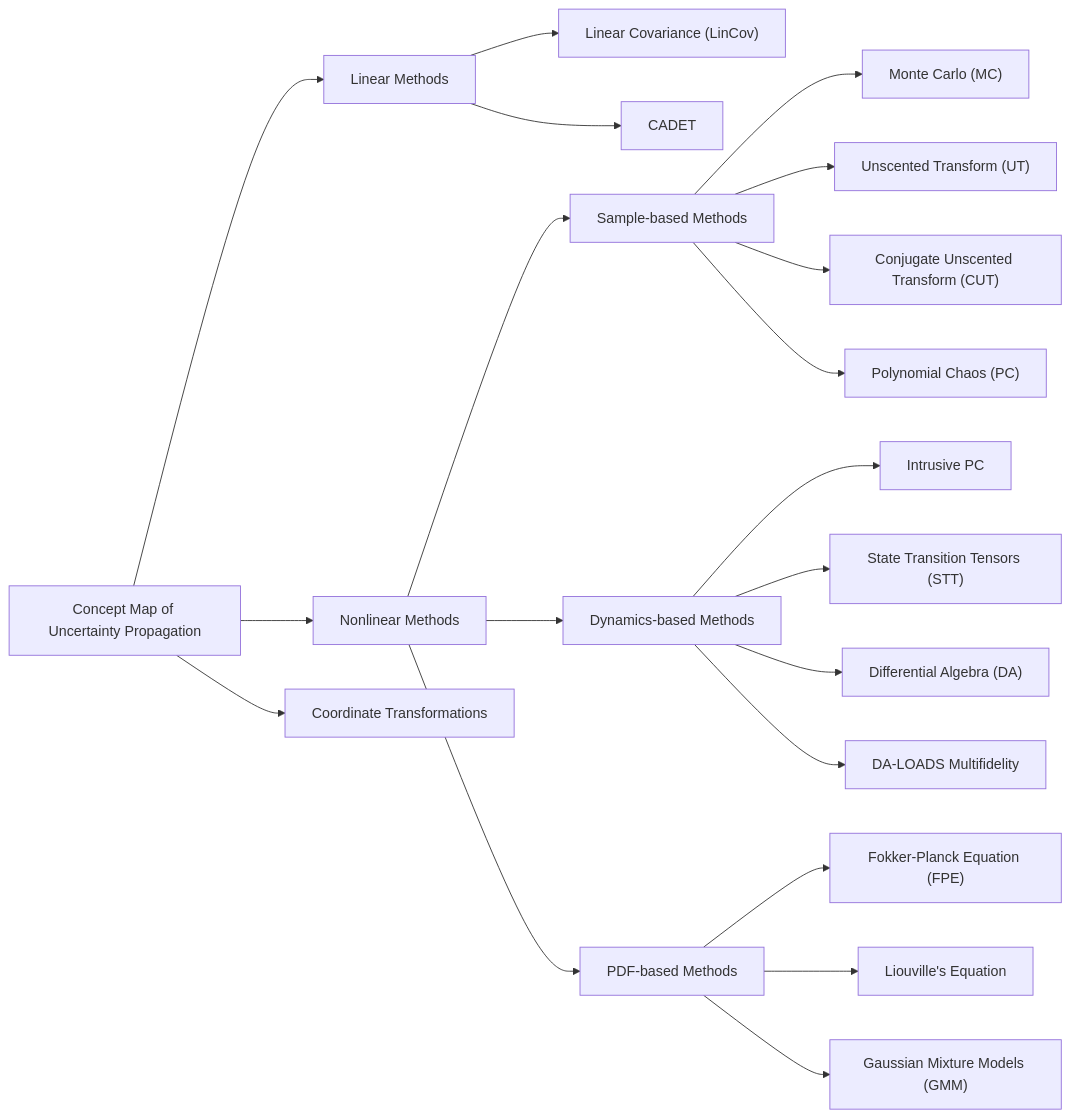
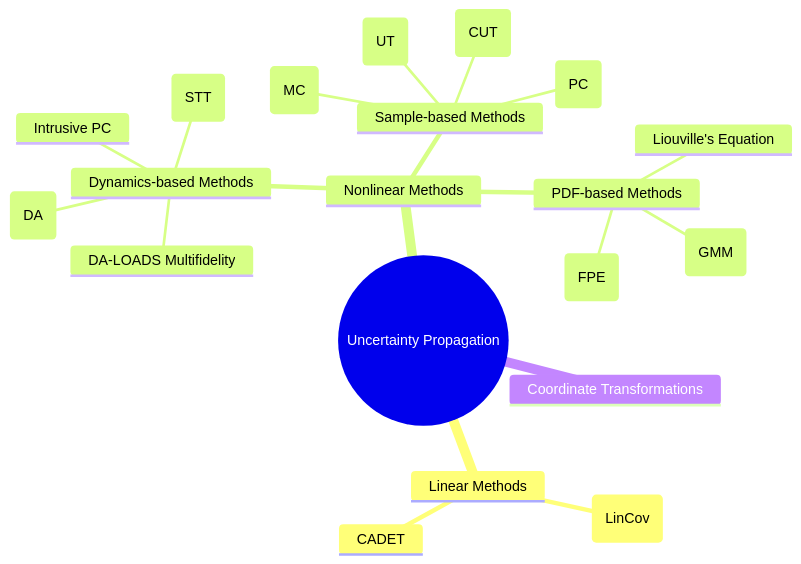
One commit to R16-srihari/Orbital-Uncertainty-Propagation-Literature-Review changed the first of 18 diagrams in index.qmd. Above: the diagram before and after it, drawn with Mermaid. The commit also changed 8 other files, not shown here.

````diff
--- a/index.qmd
+++ b/index.qmd
@@ -181,23 +181,23 @@
 ```{mermaid size=200%}
-
-graph LR
-    A["Concept Map of Uncertainty Propagation"] --> B["Linear Methods"]
-    A --> C["Nonlinear Methods"]
-    A --> D["Coordinate Transformations"]
-    B --> E["Linear Covariance (LinCov)"]
-    B --> F["CADET"]
-    C --> G["Sample-based Methods"]
-    C --> H["Dynamics-based Methods"]
-    C --> I["PDF-based Methods"]
-    G --> J["Monte Carlo (MC)"]
-    G --> K["Unscented Transform (UT)"]
-    G --> L["Conjugate Unscented Transform (CUT)"]
-    G --> M["Polynomial Chaos (PC)"]
-    H --> N["Intrusive PC"]
-    H --> O["State Transition Tensors (STT)"]
-    H --> P["Differential Algebra (DA)"]
-    H --> Q["DA-LOADS Multifidelity"]
-    I --> R["Fokker-Planck Equation (FPE)"]
-    I --> S["Liouville's Equation"]
-    I --> T["Gaussian Mixture Models (GMM)"]
+mindmap
+  root((Uncertainty Propagation))
+    Linear Methods
+      Linear Covariance (LinCov)
+      CADET
+    Nonlinear Methods
+      Sample-based Methods
+        Monte Carlo (MC)
+        Unscented Transform (UT)
+        Conjugate Unscented Transform (CUT)
+        Polynomial Chaos (PC)
+      Dynamics-based Methods
+        Intrusive PC
+        State Transition Tensors (STT)
+        Differential Algebra (DA)
+        DA-LOADS Multifidelity
+      PDF-based Methods
+        Fokker-Planck Equation (FPE)
+        Liouville's Equation
+        Gaussian Mixture Models (GMM)
+    Coordinate Transformations
 ```
````
